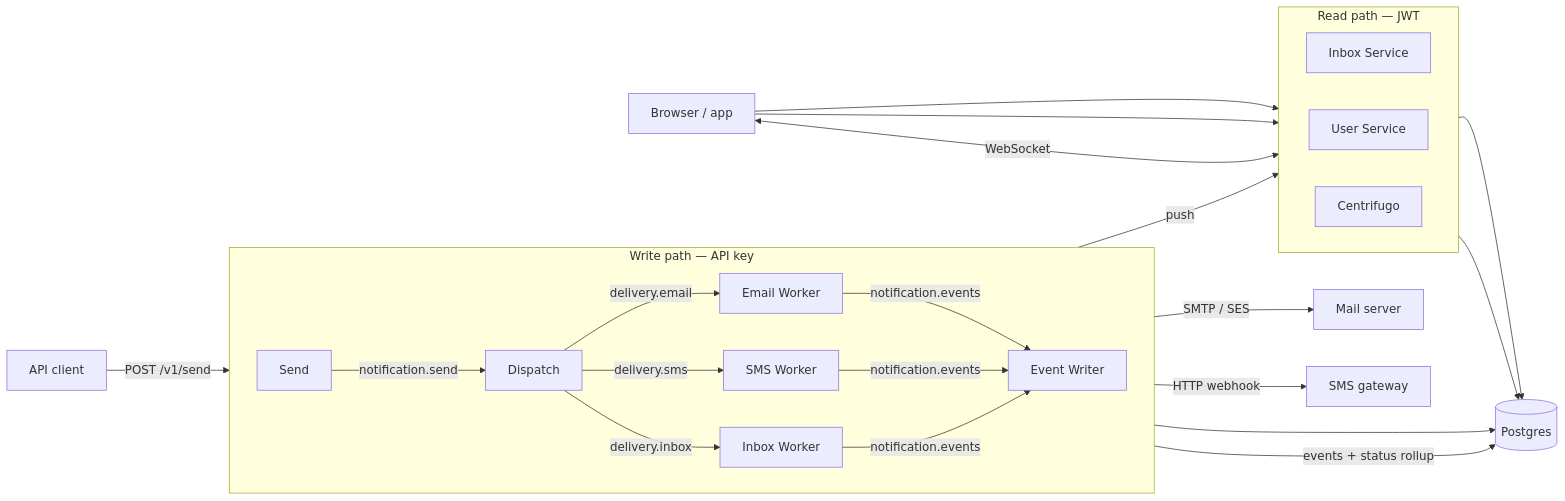
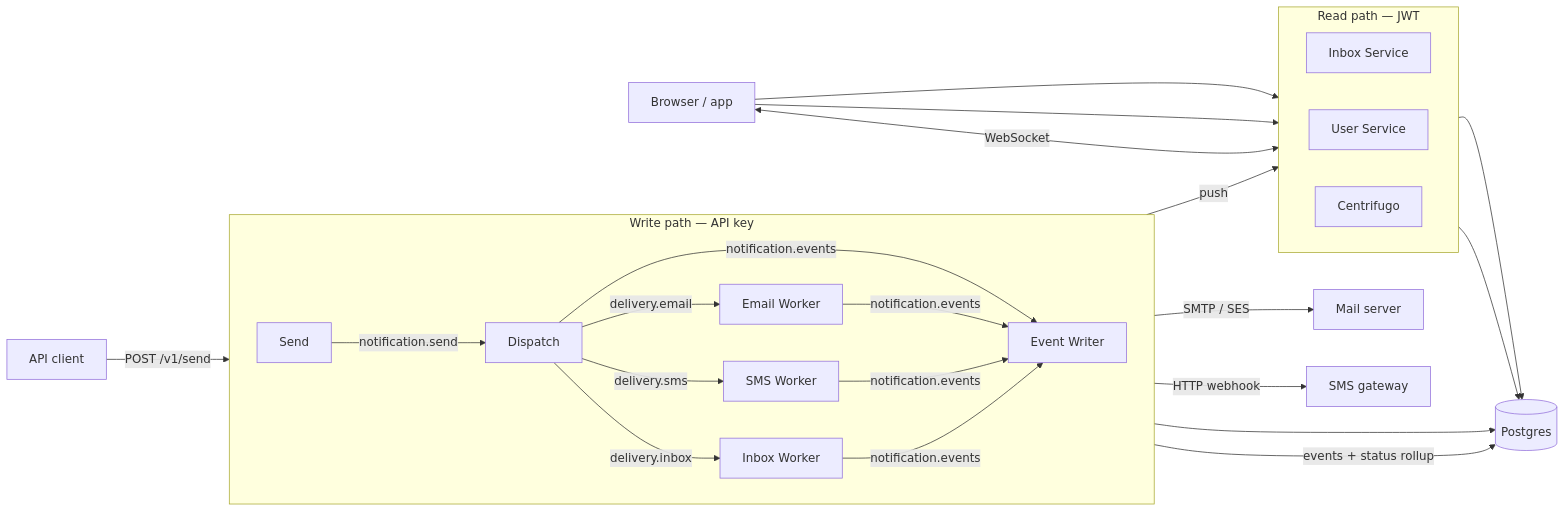
The diagram in README.md (HermesNotifications/hermes), drawn with Mermaid before and after one commit. The commit also changed 1 other file, not shown here.

First paragraph of the commit message:
docs: show dispatch's event stream in the diagrams, and record that events are best-effort
Review feedback on this PR and on #96.

````diff
--- a/README.md
+++ b/README.md
@@ -11,37 +11,38 @@
 ```mermaid
 flowchart LR
     Client["API client"]
     Browser["Browser / app"]
 
     subgraph write["Write path — API key"]
         direction LR
         Send["Send"] -->|"notification.send"| Dispatch["Dispatch"]
         Dispatch -->|"delivery.email"| WE["Email Worker"]
         Dispatch -->|"delivery.sms"| WS["SMS Worker"]
         Dispatch -->|"delivery.inbox"| WI["Inbox Worker"]
-        WE -->|"notification.events"| EW["Event Writer"]
+        Dispatch -->|"notification.events"| EW["Event Writer"]
+        WE -->|"notification.events"| EW
         WS -->|"notification.events"| EW
         WI -->|"notification.events"| EW
     end
 
     subgraph readpath["Read path — JWT"]
         direction LR
         InboxSvc["Inbox Service"]
         UserSvc["User Service"]
         Cent["Centrifugo"]
     end
 
     PG[("Postgres")]
 
     Client -->|"POST /v1/send"| Send
     WE -->|"SMTP / SES"| Mail["Mail server"]
     WS -->|"HTTP webhook"| SMSGW["SMS gateway"]
     WI -->|"push"| Cent
     Dispatch --> PG
     EW -->|"events + status rollup"| PG
     Browser --> InboxSvc
     Browser --> UserSvc
     Browser <-->|"WebSocket"| Cent
     InboxSvc --> PG
     UserSvc --> PG
 ```
````
